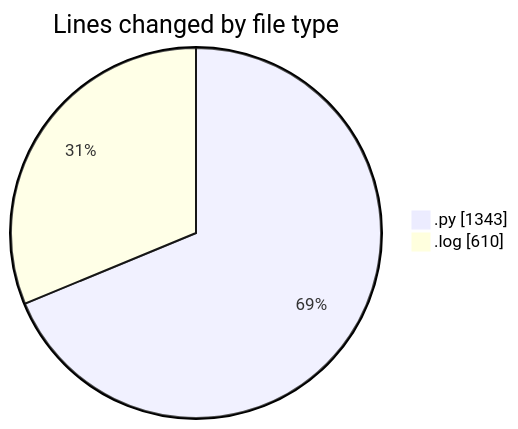
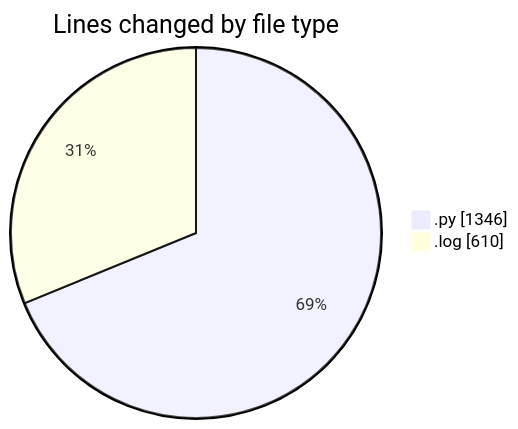
One commit to momahboobian/code-tracking changed the first of 2 diagrams in 2025-05-07/samplepdf/README.md. Above: the diagram before and after it, drawn with Mermaid. The commit also changed other lines of this file and 1 other file, not shown here.

````diff
--- a/2025-05-07/samplepdf/README.md
+++ b/2025-05-07/samplepdf/README.md
@@ -29,6 +29,6 @@
 ```mermaid
 pie showData
 title Lines changed by file type
-".py" : 1343
+".py" : 1346
 ".log" : 610
 ```
````
